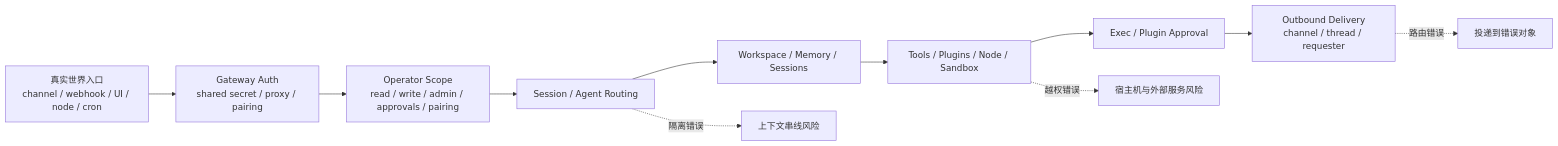
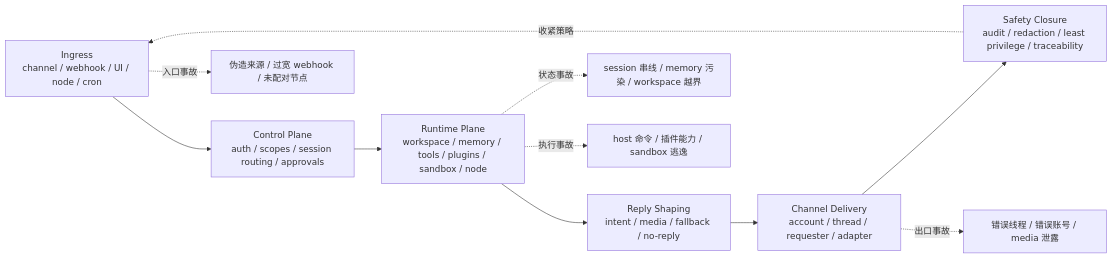
One commit to T0UGH/openclaw-source-reading changed the diagram in docs/guidebook/volume-4-delivery-extension-safety/16-safety-isolation.md. Above: the diagram before and after it, drawn with Mermaid. The commit also changed other lines of this file and 19 other files, not shown here.

````diff
--- a/docs/guidebook/volume-4-delivery-extension-safety/16-safety-isolation.md
+++ b/docs/guidebook/volume-4-delivery-extension-safety/16-safety-isolation.md
@@ -24,18 +26,20 @@
 ```mermaid
 flowchart LR
-  Ingress[真实世界入口
-channel / webhook / UI / node / cron] --> Auth[Gateway Auth
-shared secret / proxy / pairing]
-  Auth --> Scope[Operator Scope
-read / write / admin / approvals / pairing]
-  Scope --> Routing[Session / Agent Routing]
-  Routing --> State[Workspace / Memory / Sessions]
-  State --> Runtime[Tools / Plugins / Node / Sandbox]
-  Runtime --> Approval[Exec / Plugin Approval]
-  Approval --> Delivery[Outbound Delivery
-channel / thread / requester]
+  Ingress[Ingress
+channel / webhook / UI / node / cron] --> Control[Control Plane
+auth / scopes / session routing / approvals]
+  Control --> Runtime[Runtime Plane
+workspace / memory / tools / plugins / sandbox / node]
+  Runtime --> Shaping[Reply Shaping
+intent / media / fallback / no-reply]
+  Shaping --> Delivery[Channel Delivery
+account / thread / requester / adapter]
+  Delivery --> Closure[Safety Closure
+audit / redaction / least privilege / traceability]
+  Closure -.收紧策略.-> Ingress
 
-  Routing -.隔离错误.-> Leak[上下文串线风险]
-  Runtime -.越权错误.-> Blast[宿主机与外部服务风险]
-  Delivery -.路由错误.-> Misdeliver[投递到错误对象]
+  Ingress -.入口事故.-> EntryRisk[伪造来源 / 过宽 webhook / 未配对节点]
+  Runtime -.状态事故.-> StateRisk[session 串线 / memory 污染 / workspace 越界]
+  Runtime -.执行事故.-> ExecRisk[host 命令 / 插件能力 / sandbox 逃逸]
+  Delivery -.出口事故.-> ExitRisk[错误线程 / 错误账号 / media 泄露]
 ```
````
